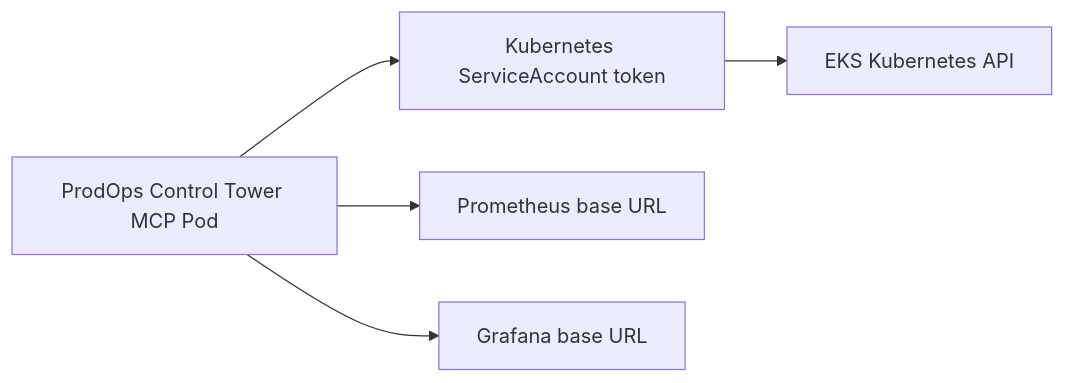
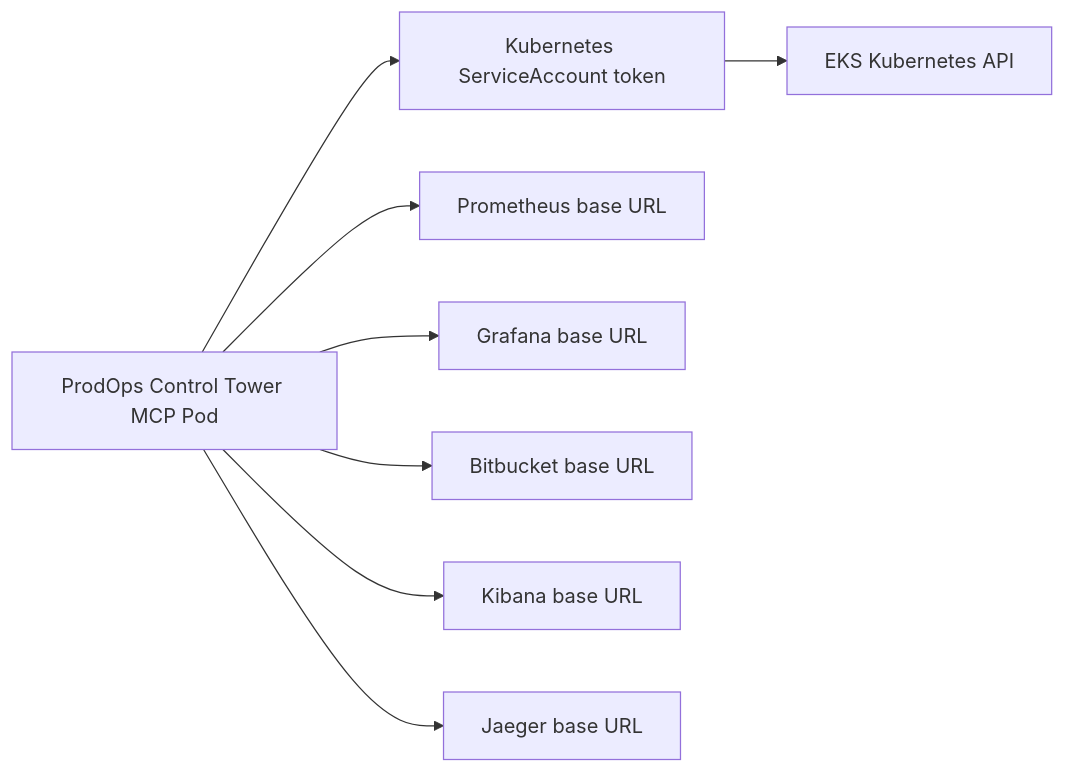
Before and after one commit to rajatyadav2505/mcp_prodops: the fourth of 4 diagrams in docs/eks_connectivity_architecture.md, drawn with Mermaid. The commit also changed other lines of this file and 4 other files, not shown here.

````diff
--- a/docs/eks_connectivity_architecture.md
+++ b/docs/eks_connectivity_architecture.md
@@ -160,7 +160,10 @@
 ```mermaid
 flowchart LR
     Pod["ProdOps Control Tower MCP Pod"] --> SA["Kubernetes ServiceAccount token"]
     SA --> APIServer["EKS Kubernetes API"]
     Pod --> PromURL["Prometheus base URL"]
     Pod --> GrafURL["Grafana base URL"]
+    Pod --> BbURL["Bitbucket base URL"]
+    Pod --> KibURL["Kibana base URL"]
+    Pod --> JaegerURL["Jaeger base URL"]
 ```
````
